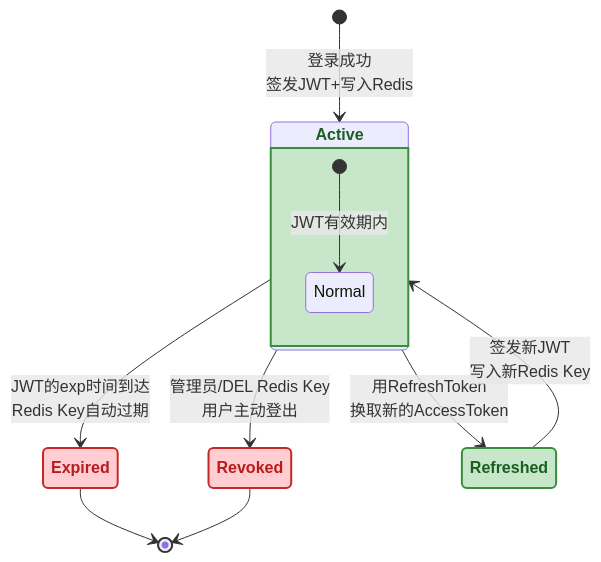
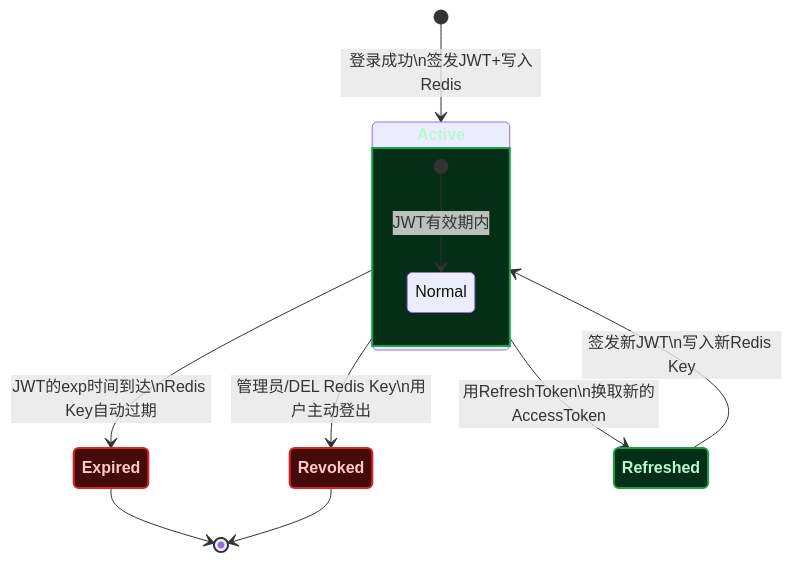
The fifth of 8 diagrams in content/posts/springsecurity/JwtRedisHybridAuth.md (yaocat55/yaocat55.github.io), drawn with Mermaid before and after one commit. The commit also changed other lines of this file and 155 other files, not shown here.

````diff
--- a/content/posts/springsecurity/JwtRedisHybridAuth.md
+++ b/content/posts/springsecurity/JwtRedisHybridAuth.md
@@ -474,23 +474,23 @@
 ```mermaid
 stateDiagram-v2
-    classDef valid fill:#C8E6C9,stroke:#388E3C,stroke-width:2px,color:#1B5E20,font-weight:bold
-    classDef invalid fill:#FFCDD2,stroke:#C62828,stroke-width:2px,color:#B71C1C,font-weight:bold
-    classDef middle fill:#E1BEE7,stroke:#7B1FA2,stroke-width:2px,color:#212121,font-weight:bold
+classDef valid fill:#052e16,stroke:#16a34a,stroke-width:2px,color:#bbf7d0,font-weight:bold;
+classDef invalid fill:#450a0a,stroke:#dc2626,stroke-width:2px,color:#fecaca,font-weight:bold;
+classDef middle fill:#2a1147,stroke:#a855f7,stroke-width:2px,color:#ede9fe,font-weight:bold;
 
-    [*] --> Active : 登录成功<br/>签发JWT+写入Redis
+    [*] --> Active : 登录成功\n签发JWT+写入Redis
 
     state Active {
         [*] --> Normal : JWT有效期内
     }
 
-    Active --> Expired : JWT的exp时间到达<br/>Redis Key自动过期
-    Active --> Revoked : 管理员/DEL Redis Key<br/>用户主动登出
-    Active --> Refreshed : 用RefreshToken<br/>换取新的AccessToken
+    Active --> Expired : JWT的exp时间到达\nRedis Key自动过期
+    Active --> Revoked : 管理员/DEL Redis Key\n用户主动登出
+    Active --> Refreshed : 用RefreshToken\n换取新的AccessToken
 
     Expired --> [*]
     Revoked --> [*]
-    Refreshed --> Active : 签发新JWT<br/>写入新Redis Key
+    Refreshed --> Active : 签发新JWT\n写入新Redis Key
 
     class Active,Refreshed valid
     class Expired,Revoked invalid
 ```
````
